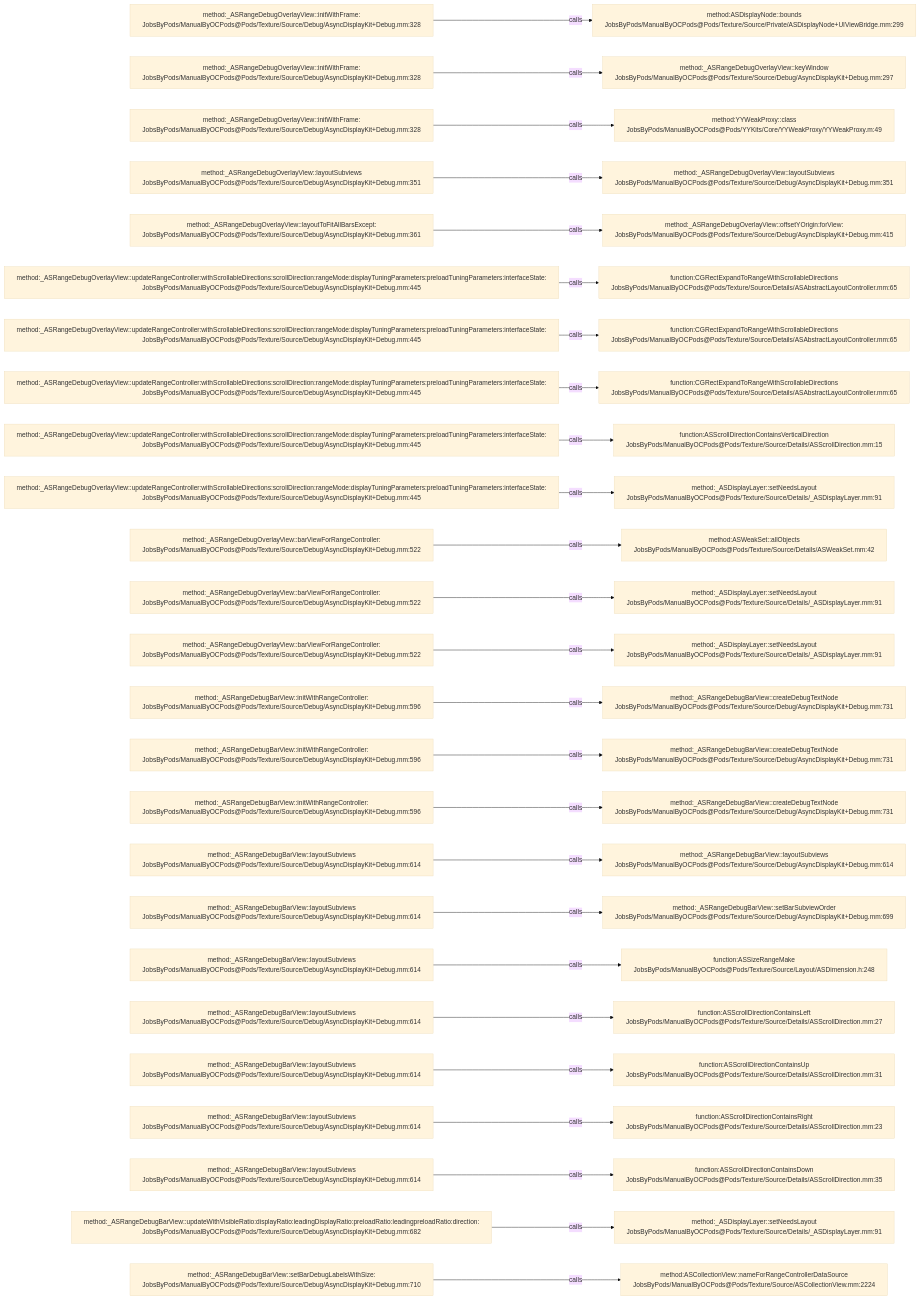
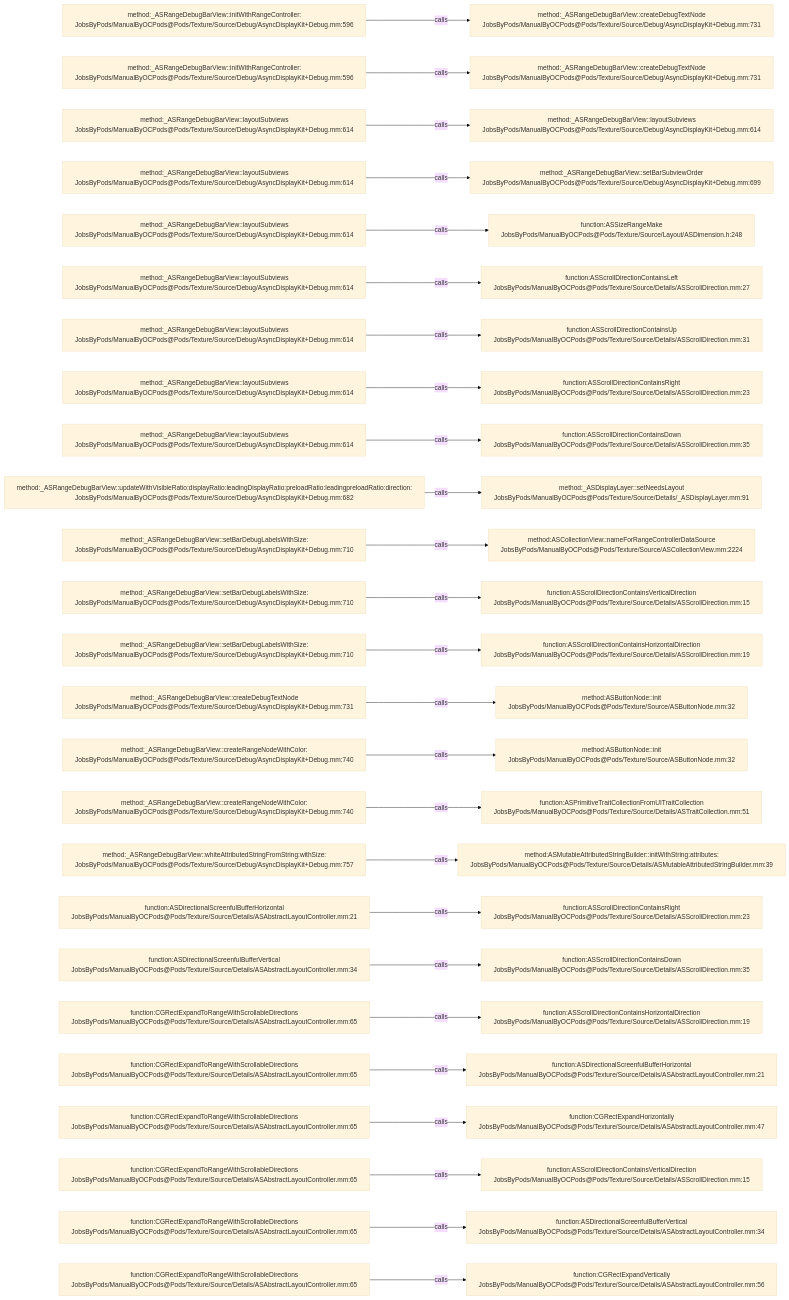
Before and after one commit to JobsKits/JobsOCBaseConfigDemo: the diagram in .codegraph/codegraph.md/graphs/calls-151.md, drawn with Mermaid (base theme). The commit also changed 296 other files, not shown here.

````diff
--- a/.codegraph/codegraph.md/graphs/calls-151.md
+++ b/.codegraph/codegraph.md/graphs/calls-151.md
@@ -13,78 +13,78 @@
 ```mermaid
 flowchart LR
-  S1["method:_ASRangeDebugOverlayView::initWithFrame:<br/>JobsByPods/ManualByOCPods@Pods/Texture/Source/Debug/AsyncDisplayKit+Debug.mm:328"]
-  T1["method:ASDisplayNode::bounds<br/>JobsByPods/ManualByOCPods@Pods/Texture/Source/Private/ASDisplayNode+UIViewBridge.mm:299"]
+  S1["method:_ASRangeDebugBarView::initWithRangeController:<br/>JobsByPods/ManualByOCPods@Pods/Texture/Source/Debug/AsyncDisplayKit+Debug.mm:596"]
+  T1["method:_ASRangeDebugBarView::createDebugTextNode<br/>JobsByPods/ManualByOCPods@Pods/Texture/Source/Debug/AsyncDisplayKit+Debug.mm:731"]
   S1 -->|calls| T1
-  S2["method:_ASRangeDebugOverlayView::initWithFrame:<br/>JobsByPods/ManualByOCPods@Pods/Texture/Source/Debug/AsyncDisplayKit+Debug.mm:328"]
-  T2["method:_ASRangeDebugOverlayView::keyWindow<br/>JobsByPods/ManualByOCPods@Pods/Texture/Source/Debug/AsyncDisplayKit+Debug.mm:297"]
+  S2["method:_ASRangeDebugBarView::initWithRangeController:<br/>JobsByPods/ManualByOCPods@Pods/Texture/Source/Debug/AsyncDisplayKit+Debug.mm:596"]
+  T2["method:_ASRangeDebugBarView::createDebugTextNode<br/>JobsByPods/ManualByOCPods@Pods/Texture/Source/Debug/AsyncDisplayKit+Debug.mm:731"]
   S2 -->|calls| T2
-  S3["method:_ASRangeDebugOverlayView::initWithFrame:<br/>JobsByPods/ManualByOCPods@Pods/Texture/Source/Debug/AsyncDisplayKit+Debug.mm:328"]
-  T3["method:YYWeakProxy::class<br/>JobsByPods/ManualByOCPods@Pods/YYKits/Core/YYWeakProxy/YYWeakProxy.m:49"]
+  S3["method:_ASRangeDebugBarView::layoutSubviews<br/>JobsByPods/ManualByOCPods@Pods/Texture/Source/Debug/AsyncDisplayKit+Debug.mm:614"]
+  T3["method:_ASRangeDebugBarView::layoutSubviews<br/>JobsByPods/ManualByOCPods@Pods/Texture/Source/Debug/AsyncDisplayKit+Debug.mm:614"]
   S3 -->|calls| T3
-  S4["method:_ASRangeDebugOverlayView::layoutSubviews<br/>JobsByPods/ManualByOCPods@Pods/Texture/Source/Debug/AsyncDisplayKit+Debug.mm:351"]
-  T4["method:_ASRangeDebugOverlayView::layoutSubviews<br/>JobsByPods/ManualByOCPods@Pods/Texture/Source/Debug/AsyncDisplayKit+Debug.mm:351"]
+  S4["method:_ASRangeDebugBarView::layoutSubviews<br/>JobsByPods/ManualByOCPods@Pods/Texture/Source/Debug/AsyncDisplayKit+Debug.mm:614"]
+  T4["method:_ASRangeDebugBarView::setBarSubviewOrder<br/>JobsByPods/ManualByOCPods@Pods/Texture/Source/Debug/AsyncDisplayKit+Debug.mm:699"]
   S4 -->|calls| T4
-  S5["method:_ASRangeDebugOverlayView::layoutToFitAllBarsExcept:<br/>JobsByPods/ManualByOCPods@Pods/Texture/Source/Debug/AsyncDisplayKit+Debug.mm:361"]
-  T5["method:_ASRangeDebugOverlayView::offsetYOrigin:forView:<br/>JobsByPods/ManualByOCPods@Pods/Texture/Source/Debug/AsyncDisplayKit+Debug.mm:415"]
+  S5["method:_ASRangeDebugBarView::layoutSubviews<br/>JobsByPods/ManualByOCPods@Pods/Texture/Source/Debug/AsyncDisplayKit+Debug.mm:614"]
+  T5["function:ASSizeRangeMake<br/>JobsByPods/ManualByOCPods@Pods/Texture/Source/Layout/ASDimension.h:248"]
   S5 -->|calls| T5
-  S6["method:_ASRangeDebugOverlayView::updateRangeController:withScrollableDirections:scrollDirection:rangeMode:displayTuningParameters:preloadTuningParameters:interfaceState:<br/>JobsByPods/ManualByOCPods@Pods/Texture/Source/Debug/AsyncDisplayKit+Debug.mm:445"]
-  T6["function:CGRectExpandToRangeWithScrollableDirections<br/>JobsByPods/ManualByOCPods@Pods/Texture/Source/Details/ASAbstractLayoutController.mm:65"]
+  S6["method:_ASRangeDebugBarView::layoutSubviews<br/>JobsByPods/ManualByOCPods@Pods/Texture/Source/Debug/AsyncDisplayKit+Debug.mm:614"]
+  T6["function:ASScrollDirectionContainsLeft<br/>JobsByPods/ManualByOCPods@Pods/Texture/Source/Details/ASScrollDirection.mm:27"]
   S6 -->|calls| T6
-  S7["method:_ASRangeDebugOverlayView::updateRangeController:withScrollableDirections:scrollDirection:rangeMode:displayTuningParameters:preloadTuningParameters:interfaceState:<br/>JobsByPods/ManualByOCPods@Pods/Texture/Source/Debug/AsyncDisplayKit+Debug.mm:445"]
-  T7["function:CGRectExpandToRangeWithScrollableDirections<br/>JobsByPods/ManualByOCPods@Pods/Texture/Source/Details/ASAbstractLayoutController.mm:65"]
+  S7["method:_ASRangeDebugBarView::layoutSubviews<br/>JobsByPods/ManualByOCPods@Pods/Texture/Source/Debug/AsyncDisplayKit+Debug.mm:614"]
+  T7["function:ASScrollDirectionContainsUp<br/>JobsByPods/ManualByOCPods@Pods/Texture/Source/Details/ASScrollDirection.mm:31"]
   S7 -->|calls| T7
-  S8["method:_ASRangeDebugOverlayView::updateRangeController:withScrollableDirections:scrollDirection:rangeMode:displayTuningParameters:preloadTuningParameters:interfaceState:<br/>JobsByPods/ManualByOCPods@Pods/Texture/Source/Debug/AsyncDisplayKit+Debug.mm:445"]
-  T8["function:CGRectExpandToRangeWithScrollableDirections<br/>JobsByPods/ManualByOCPods@Pods/Texture/Source/Details/ASAbstractLayoutController.mm:65"]
+  S8["method:_ASRangeDebugBarView::layoutSubviews<br/>JobsByPods/ManualByOCPods@Pods/Texture/Source/Debug/AsyncDisplayKit+Debug.mm:614"]
+  T8["function:ASScrollDirectionContainsRight<br/>JobsByPods/ManualByOCPods@Pods/Texture/Source/Details/ASScrollDirection.mm:23"]
   S8 -->|calls| T8
-  S9["method:_ASRangeDebugOverlayView::updateRangeController:withScrollableDirections:scrollDirection:rangeMode:displayTuningParameters:preloadTuningParameters:interfaceState:<br/>JobsByPods/ManualByOCPods@Pods/Texture/Source/Debug/AsyncDisplayKit+Debug.mm:445"]
-  T9["function:ASScrollDirectionContainsVerticalDirection<br/>JobsByPods/ManualByOCPods@Pods/Texture/Source/Details/ASScrollDirection.mm:15"]
+  S9["method:_ASRangeDebugBarView::layoutSubviews<br/>JobsByPods/ManualByOCPods@Pods/Texture/Source/Debug/AsyncDisplayKit+Debug.mm:614"]
+  T9["function:ASScrollDirectionContainsDown<br/>JobsByPods/ManualByOCPods@Pods/Texture/Source/Details/ASScrollDirection.mm:35"]
   S9 -->|calls| T9
-  S10["method:_ASRangeDebugOverlayView::updateRangeController:withScrollableDirections:scrollDirection:rangeMode:displayTuningParameters:preloadTuningParameters:interfaceState:<br/>JobsByPods/ManualByOCPods@Pods/Texture/Source/Debug/AsyncDisplayKit+Debug.mm:445"]
+  S10["method:_ASRangeDebugBarView::updateWithVisibleRatio:displayRatio:leadingDisplayRatio:preloadRatio:leadingpreloadRatio:direction:<br/>JobsByPods/ManualByOCPods@Pods/Texture/Source/Debug/AsyncDisplayKit+Debug.mm:682"]
   T10["method:_ASDisplayLayer::setNeedsLayout<br/>JobsByPods/ManualByOCPods@Pods/Texture/Source/Details/_ASDisplayLayer.mm:91"]
   S10 -->|calls| T10
-  S11["method:_ASRangeDebugOverlayView::barViewForRangeController:<br/>JobsByPods/ManualByOCPods@Pods/Texture/Source/Debug/AsyncDisplayKit+Debug.mm:522"]
-  T11["method:ASWeakSet::allObjects<br/>JobsByPods/ManualByOCPods@Pods/Texture/Source/Details/ASWeakSet.mm:42"]
+  S11["method:_ASRangeDebugBarView::setBarDebugLabelsWithSize:<br/>JobsByPods/ManualByOCPods@Pods/Texture/Source/Debug/AsyncDisplayKit+Debug.mm:710"]
+  T11["method:ASCollectionView::nameForRangeControllerDataSource<br/>JobsByPods/ManualByOCPods@Pods/Texture/Source/ASCollectionView.mm:2224"]
   S11 -->|calls| T11
-  S12["method:_ASRangeDebugOverlayView::barViewForRangeController:<br/>JobsByPods/ManualByOCPods@Pods/Texture/Source/Debug/AsyncDisplayKit+Debug.mm:522"]
-  T12["method:_ASDisplayLayer::setNeedsLayout<br/>JobsByPods/ManualByOCPods@Pods/Texture/Source/Details/_ASDisplayLayer.mm:91"]
+  S12["method:_ASRangeDebugBarView::setBarDebugLabelsWithSize:<br/>JobsByPods/ManualByOCPods@Pods/Texture/Source/Debug/AsyncDisplayKit+Debug.mm:710"]
+  T12["function:ASScrollDirectionContainsVerticalDirection<br/>JobsByPods/ManualByOCPods@Pods/Texture/Source/Details/ASScrollDirection.mm:15"]
   S12 -->|calls| T12
-  S13["method:_ASRangeDebugOverlayView::barViewForRangeController:<br/>JobsByPods/ManualByOCPods@Pods/Texture/Source/Debug/AsyncDisplayKit+Debug.mm:522"]
-  T13["method:_ASDisplayLayer::setNeedsLayout<br/>JobsByPods/ManualByOCPods@Pods/Texture/Source/Details/_ASDisplayLayer.mm:91"]
+  S13["method:_ASRangeDebugBarView::setBarDebugLabelsWithSize:<br/>JobsByPods/ManualByOCPods@Pods/Texture/Source/Debug/AsyncDisplayKit+Debug.mm:710"]
+  T13["function:ASScrollDirectionContainsHorizontalDirection<br/>JobsByPods/ManualByOCPods@Pods/Texture/Source/Details/ASScrollDirection.mm:19"]
   S13 -->|calls| T13
-  S14["method:_ASRangeDebugBarView::initWithRangeController:<br/>JobsByPods/ManualByOCPods@Pods/Texture/Source/Debug/AsyncDisplayKit+Debug.mm:596"]
-  T14["method:_ASRangeDebugBarView::createDebugTextNode<br/>JobsByPods/ManualByOCPods@Pods/Texture/Source/Debug/AsyncDisplayKit+Debug.mm:731"]
+  S14["method:_ASRangeDebugBarView::createDebugTextNode<br/>JobsByPods/ManualByOCPods@Pods/Texture/Source/Debug/AsyncDisplayKit+Debug.mm:731"]
+  T14["method:ASButtonNode::init<br/>JobsByPods/ManualByOCPods@Pods/Texture/Source/ASButtonNode.mm:32"]
   S14 -->|calls| T14
-  S15["method:_ASRangeDebugBarView::initWithRangeController:<br/>JobsByPods/ManualByOCPods@Pods/Texture/Source/Debug/AsyncDisplayKit+Debug.mm:596"]
-  T15["method:_ASRangeDebugBarView::createDebugTextNode<br/>JobsByPods/ManualByOCPods@Pods/Texture/Source/Debug/AsyncDisplayKit+Debug.mm:731"]
+  S15["method:_ASRangeDebugBarView::createRangeNodeWithColor:<br/>JobsByPods/ManualByOCPods@Pods/Texture/Source/Debug/AsyncDisplayKit+Debug.mm:740"]
+  T15["method:ASButtonNode::init<br/>JobsByPods/ManualByOCPods@Pods/Texture/Source/ASButtonNode.mm:32"]
   S15 -->|calls| T15
-  S16["method:_ASRangeDebugBarView::initWithRangeController:<br/>JobsByPods/ManualByOCPods@Pods/Texture/Source/Debug/AsyncDisplayKit+Debug.mm:596"]
-  T16["method:_ASRangeDebugBarView::createDebugTextNode<br/>JobsByPods/ManualByOCPods@Pods/Texture/Source/Debug/AsyncDisplayKit+Debug.mm:731"]
+  S16["method:_ASRangeDebugBarView::createRangeNodeWithColor:<br/>JobsByPods/ManualByOCPods@Pods/Texture/Source/Debug/AsyncDisplayKit+Debug.mm:740"]
+  T16["function:ASPrimitiveTraitCollectionFromUITraitCollection<br/>JobsByPods/ManualByOCPods@Pods/Texture/Source/Details/ASTraitCollection.mm:51"]
   S16 -->|calls| T16
-  S17["method:_ASRangeDebugBarView::layoutSubviews<br/>JobsByPods/ManualByOCPods@Pods/Texture/Source/Debug/AsyncDisplayKit+Debug.mm:614"]
-  T17["method:_ASRangeDebugBarView::layoutSubviews<br/>JobsByPods/ManualByOCPods@Pods/Texture/Source/Debug/AsyncDisplayKit+Debug.mm:614"]
+  S17["method:_ASRangeDebugBarView::whiteAttributedStringFromString:withSize:<br/>JobsByPods/ManualByOCPods@Pods/Texture/Source/Debug/AsyncDisplayKit+Debug.mm:757"]
+  T17["method:ASMutableAttributedStringBuilder::initWithString:attributes:<br/>JobsByPods/ManualByOCPods@Pods/Texture/Source/Details/ASMutableAttributedStringBuilder.mm:39"]
   S17 -->|calls| T17
-  S18["method:_ASRangeDebugBarView::layoutSubviews<br/>JobsByPods/ManualByOCPods@Pods/Texture/Source/Debug/AsyncDisplayKit+Debug.mm:614"]
-  T18["method:_ASRangeDebugBarView::setBarSubviewOrder<br/>JobsByPods/ManualByOCPods@Pods/Texture/Source/Debug/AsyncDisplayKit+Debug.mm:699"]
+  S18["function:ASDirectionalScreenfulBufferHorizontal<br/>JobsByPods/ManualByOCPods@Pods/Texture/Source/Details/ASAbstractLayoutController.mm:21"]
+  T18["function:ASScrollDirectionContainsRight<br/>JobsByPods/ManualByOCPods@Pods/Texture/Source/Details/ASScrollDirection.mm:23"]
   S18 -->|calls| T18
-  S19["method:_ASRangeDebugBarView::layoutSubviews<br/>JobsByPods/ManualByOCPods@Pods/Texture/Source/Debug/AsyncDisplayKit+Debug.mm:614"]
-  T19["function:ASSizeRangeMake<br/>JobsByPods/ManualByOCPods@Pods/Texture/Source/Layout/ASDimension.h:248"]
+  S19["function:ASDirectionalScreenfulBufferVertical<br/>JobsByPods/ManualByOCPods@Pods/Texture/Source/Details/ASAbstractLayoutController.mm:34"]
+  T19["function:ASScrollDirectionContainsDown<br/>JobsByPods/ManualByOCPods@Pods/Texture/Source/Details/ASScrollDirection.mm:35"]
   S19 -->|calls| T19
-  S20["method:_ASRangeDebugBarView::layoutSubviews<br/>JobsByPods/ManualByOCPods@Pods/Texture/Source/Debug/AsyncDisplayKit+Debug.mm:614"]
-  T20["function:ASScrollDirectionContainsLeft<br/>JobsByPods/ManualByOCPods@Pods/Texture/Source/Details/ASScrollDirection.mm:27"]
+  S20["function:CGRectExpandToRangeWithScrollableDirections<br/>JobsByPods/ManualByOCPods@Pods/Texture/Source/Details/ASAbstractLayoutController.mm:65"]
+  T20["function:ASScrollDirectionContainsHorizontalDirection<br/>JobsByPods/ManualByOCPods@Pods/Texture/Source/Details/ASScrollDirection.mm:19"]
   S20 -->|calls| T20
-  S21["method:_ASRangeDebugBarView::layoutSubviews<br/>JobsByPods/ManualByOCPods@Pods/Texture/Source/Debug/AsyncDisplayKit+Debug.mm:614"]
-  T21["function:ASScrollDirectionContainsUp<br/>JobsByPods/ManualByOCPods@Pods/Texture/Source/Details/ASScrollDirection.mm:31"]
+  S21["function:CGRectExpandToRangeWithScrollableDirections<br/>JobsByPods/ManualByOCPods@Pods/Texture/Source/Details/ASAbstractLayoutController.mm:65"]
+  T21["function:ASDirectionalScreenfulBufferHorizontal<br/>JobsByPods/ManualByOCPods@Pods/Texture/Source/Details/ASAbstractLayoutController.mm:21"]
   S21 -->|calls| T21
-  S22["method:_ASRangeDebugBarView::layoutSubviews<br/>JobsByPods/ManualByOCPods@Pods/Texture/Source/Debug/AsyncDisplayKit+Debug.mm:614"]
-  T22["function:ASScrollDirectionContainsRight<br/>JobsByPods/ManualByOCPods@Pods/Texture/Source/Details/ASScrollDirection.mm:23"]
+  S22["function:CGRectExpandToRangeWithScrollableDirections<br/>JobsByPods/ManualByOCPods@Pods/Texture/Source/Details/ASAbstractLayoutController.mm:65"]
+  T22["function:CGRectExpandHorizontally<br/>JobsByPods/ManualByOCPods@Pods/Texture/Source/Details/ASAbstractLayoutController.mm:47"]
   S22 -->|calls| T22
-  S23["method:_ASRangeDebugBarView::layoutSubviews<br/>JobsByPods/ManualByOCPods@Pods/Texture/Source/Debug/AsyncDisplayKit+Debug.mm:614"]
-  T23["function:ASScrollDirectionContainsDown<br/>JobsByPods/ManualByOCPods@Pods/Texture/Source/Details/ASScrollDirection.mm:35"]
+  S23["function:CGRectExpandToRangeWithScrollableDirections<br/>JobsByPods/ManualByOCPods@Pods/Texture/Source/Details/ASAbstractLayoutController.mm:65"]
+  T23["function:ASScrollDirectionContainsVerticalDirection<br/>JobsByPods/ManualByOCPods@Pods/Texture/Source/Details/ASScrollDirection.mm:15"]
   S23 -->|calls| T23
-  S24["method:_ASRangeDebugBarView::updateWithVisibleRatio:displayRatio:leadingDisplayRatio:preloadRatio:leadingpreloadRatio:direction:<br/>JobsByPods/ManualByOCPods@Pods/Texture/Source/Debug/AsyncDisplayKit+Debug.mm:682"]
-  T24["method:_ASDisplayLayer::setNeedsLayout<br/>JobsByPods/ManualByOCPods@Pods/Texture/Source/Details/_ASDisplayLayer.mm:91"]
+  S24["function:CGRectExpandToRangeWithScrollableDirections<br/>JobsByPods/ManualByOCPods@Pods/Texture/Source/Details/ASAbstractLayoutController.mm:65"]
+  T24["function:ASDirectionalScreenfulBufferVertical<br/>JobsByPods/ManualByOCPods@Pods/Texture/Source/Details/ASAbstractLayoutController.mm:34"]
   S24 -->|calls| T24
-  S25["method:_ASRangeDebugBarView::setBarDebugLabelsWithSize:<br/>JobsByPods/ManualByOCPods@Pods/Texture/Source/Debug/AsyncDisplayKit+Debug.mm:710"]
-  T25["method:ASCollectionView::nameForRangeControllerDataSource<br/>JobsByPods/ManualByOCPods@Pods/Texture/Source/ASCollectionView.mm:2224"]
+  S25["function:CGRectExpandToRangeWithScrollableDirections<br/>JobsByPods/ManualByOCPods@Pods/Texture/Source/Details/ASAbstractLayoutController.mm:65"]
+  T25["function:CGRectExpandVertically<br/>JobsByPods/ManualByOCPods@Pods/Texture/Source/Details/ASAbstractLayoutController.mm:56"]
   S25 -->|calls| T25
 ```
````
